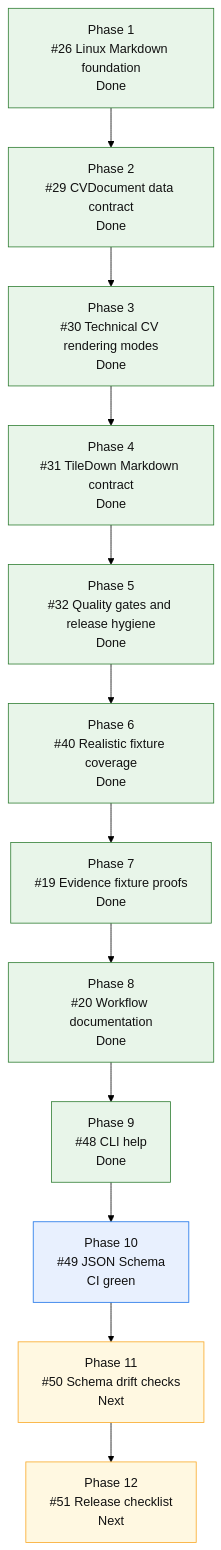
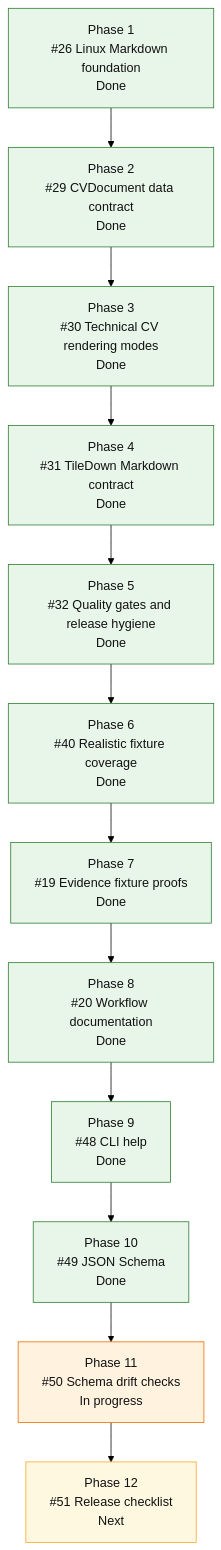
One commit to mihaelamj/cvbuilder changed the diagram in README.md. Above: the diagram before and after it, drawn with Mermaid (forest theme). The commit also changed other lines of this file and 6 other files, not shown here.

Commit message:
test(schema): add CVDocument drift checks

````diff
--- a/README.md
+++ b/README.md
@@ -165,28 +165,28 @@
 ```mermaid
 flowchart TD
     P1["Phase 1<br/>#26 Linux Markdown foundation<br/>Done"]
     P2["Phase 2<br/>#29 CVDocument data contract<br/>Done"]
     P3["Phase 3<br/>#30 Technical CV rendering modes<br/>Done"]
     P4["Phase 4<br/>#31 TileDown Markdown contract<br/>Done"]
     P5["Phase 5<br/>#32 Quality gates and release hygiene<br/>Done"]
     P6["Phase 6<br/>#40 Realistic fixture coverage<br/>Done"]
     P7["Phase 7<br/>#19 Evidence fixture proofs<br/>Done"]
     P8["Phase 8<br/>#20 Workflow documentation<br/>Done"]
     P9["Phase 9<br/>#48 CLI help<br/>Done"]
-    P10["Phase 10<br/>#49 JSON Schema<br/>CI green"]
-    P11["Phase 11<br/>#50 Schema drift checks<br/>Next"]
+    P10["Phase 10<br/>#49 JSON Schema<br/>Done"]
+    P11["Phase 11<br/>#50 Schema drift checks<br/>In progress"]
     P12["Phase 12<br/>#51 Release checklist<br/>Next"]
 
     P1 --> P2 --> P3 --> P4 --> P5 --> P6 --> P7 --> P8 --> P9 --> P10 --> P11 --> P12
 
     classDef done fill:#e8f5e9,stroke:#2e7d32,color:#111;
     classDef active fill:#fff3e0,stroke:#ef6c00,color:#111;
     classDef review fill:#e8f0fe,stroke:#1a73e8,color:#111;
     classDef next fill:#fff8e1,stroke:#f9a825,color:#111;
     classDef partial fill:#e0f7fa,stroke:#00838f,color:#111;
     classDef todo fill:#eef3ff,stroke:#3367d6,color:#111;
     class P1,P2,P3,P4 done;
-    class P5,P6,P7,P8,P9 done;
-    class P10 review;
-    class P11,P12 next;
+    class P5,P6,P7,P8,P9,P10 done;
+    class P11 active;
+    class P12 next;
 ```
````
